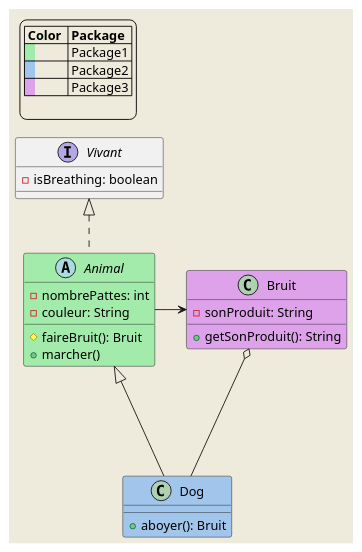
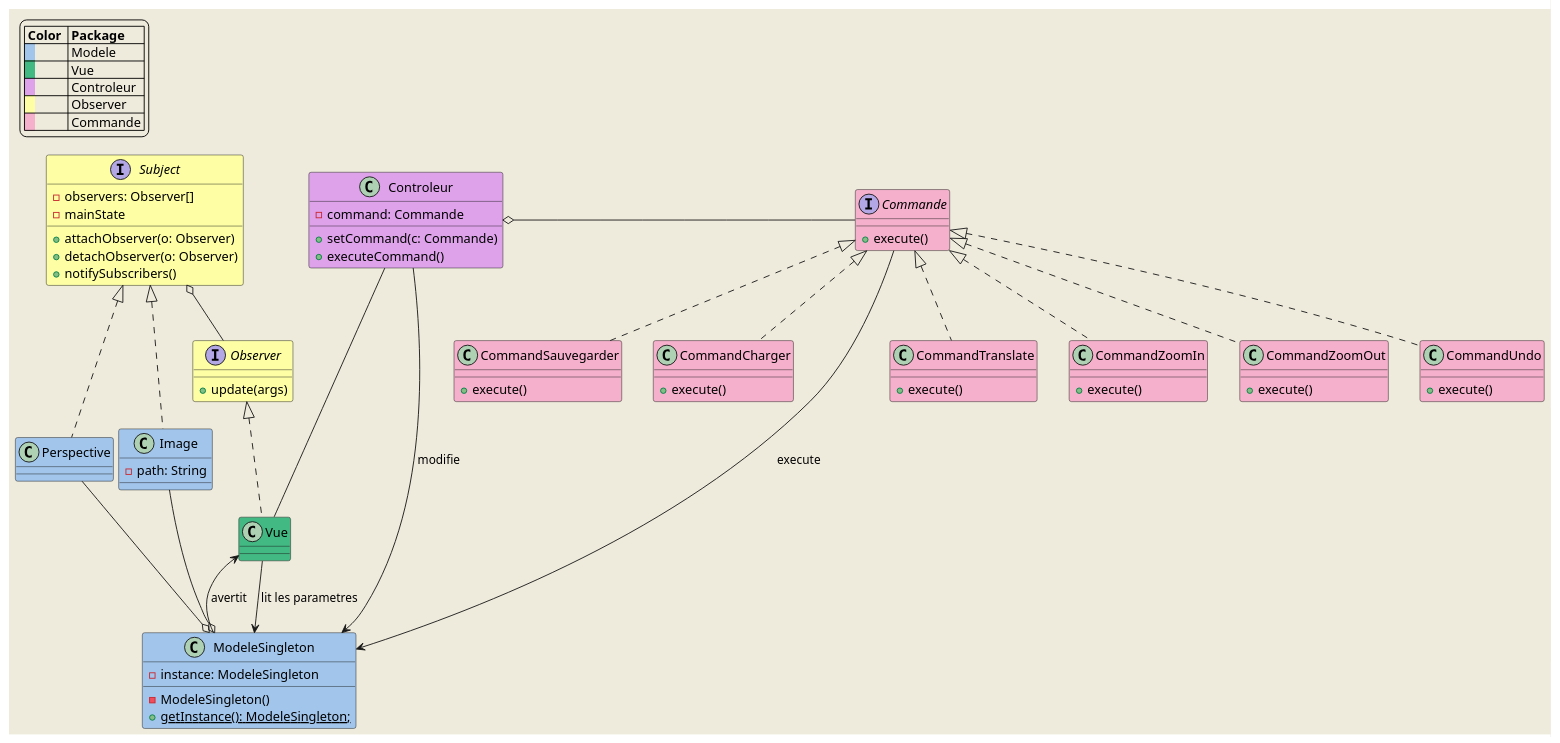
Before and after one commit to VelaSam/PerspectivePro: the diagram in src/diagrammes/diagramme_de_classe_global.puml, drawn with PlantUML. The commit also changed other lines of this file and 4 other files, not shown here.

First line of the commit message:
Début de diagramme de Classe

```diff
--- a/src/diagrammes/diagramme_de_classe_global.puml
+++ b/src/diagrammes/diagramme_de_classe_global.puml
@@ -1,44 +1,118 @@
 @startuml
 
 
 skinparam backgroundColor #EEEBDC
 
 legend top left
  |= Color  |= Package |
- |<back:#a2ebaa>   </back>| Package1 |
- |<back:#a2c5eb>   </back>| Package2 |
- |<back:#dea2eb>   </back>| Package3 |
-
+ |<back:#a2c5eb>   </back>| Modele |
+ |<back:#42b883>   </back>| Vue |
+ |<back:#dea2eb>   </back>| Controleur |
+ |<back:#FEFFA5>   </back>| Observer |
+ |<back:#F5B0CB>   </back>| Commande |
  endlegend
 
 
-abstract class Animal #a2ebaa implements Vivant{
-    -nombrePattes: int
-    -couleur: String
-
-    #faireBruit(): Bruit
-    +marcher()
-}
 
 
-class Dog #a2c5eb extends Animal {
-    +aboyer(): Bruit
-}
+    '----------OBSERVER--------------'
+    interface Observer #FEFFA5{
+        +update(args)
+    }
 
-class Bruit #dea2eb {
+    interface Subject #FEFFA5{
+        -observers: Observer[]
+        -mainState
 
-    -sonProduit: String
-    +getSonProduit(): String
-}
+        +attachObserver(o: Observer)
+        +detachObserver(o: Observer)
+        +notifySubscribers()
 
-interface Vivant{
-
-    -isBreathing: boolean
-}
+    }
+    '-----------OBSERVER--------------'
 
 
-Animal --r-> Bruit
-Dog -up--o Bruit
+
+    '-----------COMMAND--------------'
+    interface Commande #F5B0CB {
+        +execute()
+    }
+
+    class CommandTranslate #F5B0CB implements Commande{
+        +execute()
+   
+    }
+
+    class CommandZoomIn #F5B0CB implements Commande{
+        +execute()
+   
+    }
+
+    class CommandZoomOut #F5B0CB implements Commande{
+        +execute()
+   
+    }
+
+    class CommandUndo #F5B0CB implements Commande{
+        +execute()
+    }
+    
+    class CommandSauvegarder #F5B0CB implements Commande{
+        +execute()
+    }
+
+    class CommandCharger #F5B0CB implements Commande{
+        +execute()
+    }
+    
+    '-----------COMMAND--------------'
 
 
+
+    class ModeleSingleton #a2c5eb {
+        -instance: ModeleSingleton
+
+        -ModeleSingleton()
+        + {static} getInstance(): ModeleSingleton;
+    }
+
+    class Perspective #a2c5eb implements Subject{
+
+    }
+
+    class Image #a2c5eb implements Subject{
+
+        -path: String
+    }
+
+    class Controleur #dea2eb{
+
+        -command: Commande
+        +setCommand(c: Commande)
+        +executeCommand()
+
+
+    }
+
+    class Vue #42b883 implements Observer {}
+
+
+
+
+    Subject o-- Observer
+
+    ModeleSingleton o-u- Perspective
+    ModeleSingleton o-u- Image
+
+    ModeleSingleton <-- Controleur: modifie
+    Vue -up- Controleur
+
+    Vue <-- ModeleSingleton: avertit
+    Vue --> ModeleSingleton: lit les parametres
+
+
+    Commande -l-o Controleur 
+
+    Commande ----> ModeleSingleton : execute
+
 @enduml
```
